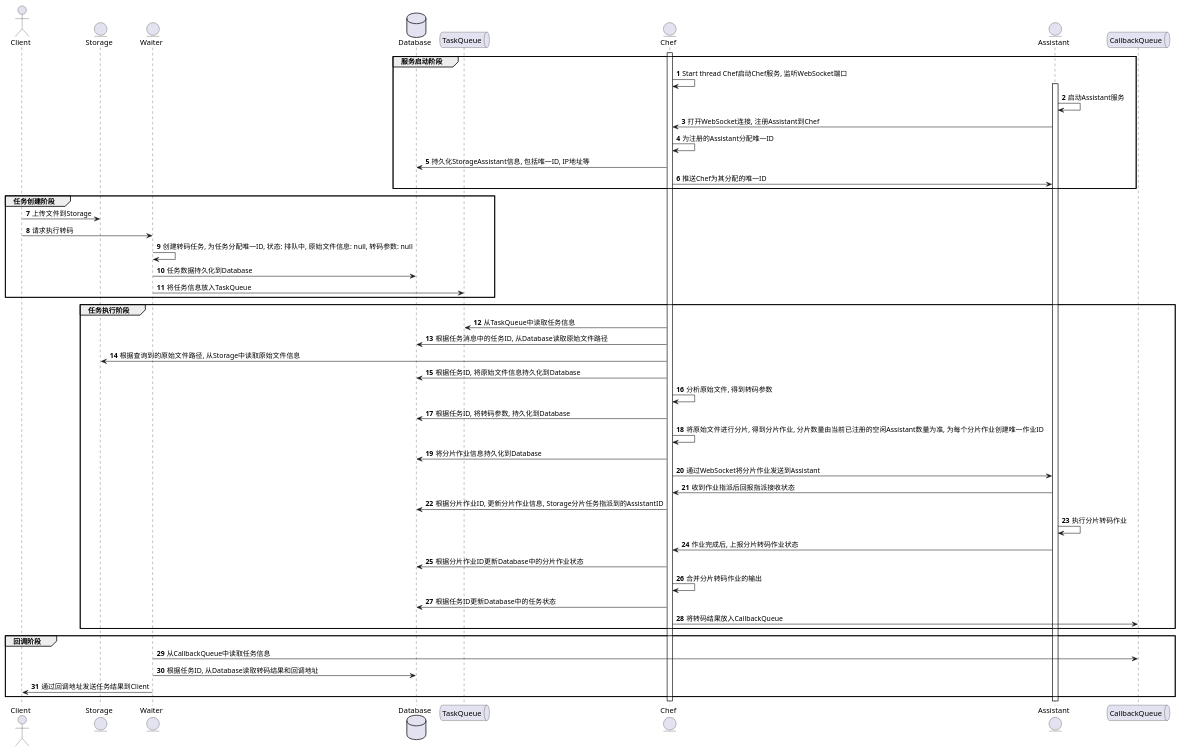
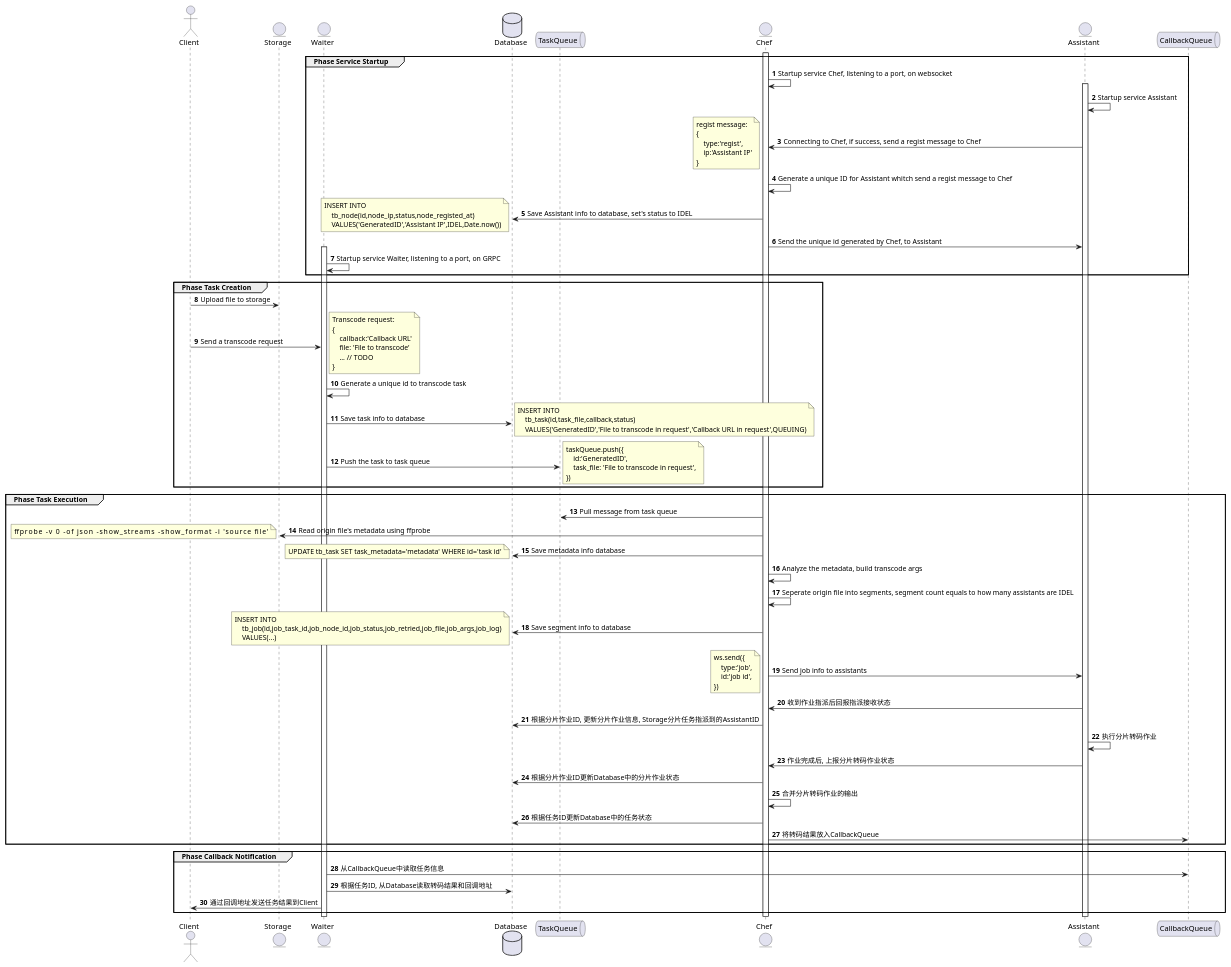
One commit to mustang1988/VideoRestaurant changed the diagram in docs/SequenceDesign.puml. Above: the diagram before and after it, drawn with PlantUML.

Commit message:
docs: update sequence diagram

```diff
--- a/docs/SequenceDesign.puml
+++ b/docs/SequenceDesign.puml
@@ -1,67 +1,120 @@
 @startuml Sequence Design
 
 actor Client
 entity Storage
 entity Waiter
 database Database
 queue TaskQueue
 entity Chef
 entity Assistant
 queue CallbackQueue
 
 autonumber
 
-' 服务启动阶段
-group 服务启动阶段
+group Phase Service Startup
     activate Chef
-    Chef -> Chef: Start thread Chef启动Chef服务, 监听WebSocket端口
+    Chef -> Chef: Startup service Chef, listening to a port, on websocket
     activate Assistant
-    Assistant -> Assistant: 启动Assistant服务
-    Assistant -> Chef : 打开WebSocket连接, 注册Assistant到Chef
-    Chef -> Chef : 为注册的Assistant分配唯一ID
-    Chef -> Database : 持久化StorageAssistant信息, 包括唯一ID, IP地址等
-    Chef -> Assistant : 推送Chef为其分配的唯一ID
+    Assistant -> Assistant: Startup service Assistant
+    Assistant -> Chef : Connecting to Chef, if success, send a regist message to Chef
+    note left
+    regist message:
+    {
+        type:'regist',
+        ip:'Assistant IP'
+    }
+    end note
+    Chef -> Chef : Generate a unique ID for Assistant whitch send a regist message to Chef
+    Chef -> Database : Save Assistant info to database, set's status to IDEL
+    note left
+    INSERT INTO 
+        tb_node(id,node_ip,status,node_registed_at) 
+        VALUES('GeneratedID','Assistant IP',IDEL,Date.now())
+    end note
+    Chef -> Assistant : Send the unique id generated by Chef, to Assistant
+
+    activate Waiter
+    Waiter -> Waiter: Startup service Waiter, listening to a port, on GRPC
+
 end
-' 服务启动阶段结束
 
-' 任务创建阶段
-group 任务创建阶段
-    Client -> Storage : 上传文件到Storage
-    Client -> Waiter : 请求执行转码
-    Waiter -> Waiter : 创建转码任务, 为任务分配唯一ID, 状态: 排队中, 原始文件信息: null, 转码参数: null
-    Waiter -> Database : 任务数据持久化到Database
-    Waiter -> TaskQueue : 将任务信息放入TaskQueue
+group Phase Task Creation
+    Client -> Storage : Upload file to storage
+    Client -> Waiter : Send a transcode request
+    note right
+    Transcode request:
+    {
+        callback:'Callback URL'
+        file: 'File to transcode'
+        ... // TODO
+    }
+    end note
+    Waiter -> Waiter : Generate a unique id to transcode task
+    Waiter -> Database : Save task info to database
+    note right
+    INSERT INTO
+        tb_task(id,task_file,callback,status)
+        VALUES('GeneratedID','File to transcode in request','Callback URL in request',QUEUING)
+    end note
+    Waiter -> TaskQueue : Push the task to task queue
+    note right
+    taskQueue.push({
+        id:'GeneratedID',
+        task_file: 'File to transcode in request',
+    })
+    end note
 end
-' 任务创建阶段结束
 
-' 任务执行阶段
-group 任务执行阶段
-    Chef -> TaskQueue : 从TaskQueue中读取任务信息
-    Chef -> Database : 根据任务消息中的任务ID, 从Database读取原始文件路径
-    Chef -> Storage : 根据查询到的原始文件路径, 从Storage中读取原始文件信息
-    Chef -> Database : 根据任务ID, 将原始文件信息持久化到Database
-    Chef -> Chef : 分析原始文件, 得到转码参数
-    Chef -> Database : 根据任务ID, 将转码参数, 持久化到Database
-    Chef -> Chef : 将原始文件进行分片, 得到分片作业, 分片数量由当前已注册的空闲Assistant数量为准, 为每个分片作业创建唯一作业ID
-    Chef -> Database: 将分片作业信息持久化到Database
-    Chef -> Assistant: 通过WebSocket将分片作业发送到Assistant
+group Phase Task Execution
+    Chef -> TaskQueue : Pull message from task queue
+    Chef -> Storage : Read origin file's metadata using ffprobe
+    note left
+    ffprobe \
+    -v \
+    0 \
+    -of \
+    json \
+    -show_streams \
+    -show_format \
+    -i 'source file'
+    end note
+    Chef -> Database : Save metadata info database
+    note left
+    UPDATE tb_task SET task_metadata='metadata' WHERE id='task id'
+    end note
+    Chef -> Chef : Analyze the metadata, build transcode args
+    ' Chef -> Database : Save transcode args to database
+    ' note left
+    ' UPDATE tb_task SET task_args='transcode args' WHERE id='task id'
+    ' end note
+    Chef -> Chef : Seperate origin file into segments, segment count equals to how many assistants are IDEL
+    Chef -> Database: Save segment info to database
+    note left
+    INSERT INTO 
+        tb_job(id,job_task_id,job_node_id,job_status,job_retried,job_file,job_args,job_log)
+        VALUES(...)
+    end note
+    Chef -> Assistant: Send job info to assistants
+    note left
+    ws.send({
+        type:'job',
+        id:'job id',
+    })
+    end note
     Assistant -> Chef : 收到作业指派后回报指派接收状态
     Chef -> Database : 根据分片作业ID, 更新分片作业信息, Storage分片任务指派到的AssistantID
     Assistant -> Assistant: 执行分片转码作业
     Assistant -> Chef : 作业完成后, 上报分片转码作业状态
     Chef -> Database: 根据分片作业ID更新Database中的分片作业状态
     Chef -> Chef : 合并分片转码作业的输出
     Chef -> Database: 根据任务ID更新Database中的任务状态
     Chef -> CallbackQueue : 将转码结果放入CallbackQueue
 end
-' 任务执行阶段结束
 
-' 回调阶段
-group 回调阶段
+group Phase Callback Notification
     Waiter -> CallbackQueue : 从CallbackQueue中读取任务信息
     Waiter -> Database : 根据任务ID, 从Database读取转码结果和回调地址
     Waiter -> Client : 通过回调地址发送任务结果到Client
 end
-' 回调阶段结束
 
 @enduml
```
